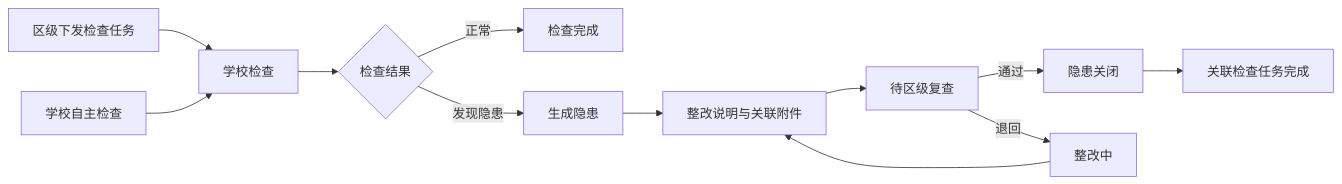
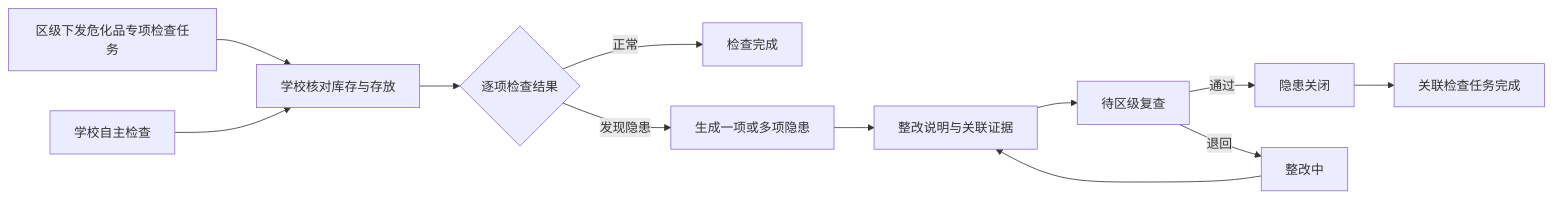
The ninth of 10 diagrams in new-demo/当前Demo业务流程与数据关系闭环评估报告.md (AlettaOkori/Qingpu_LaboratoryManagementSystem), drawn with Mermaid before and after one commit. The commit also changed other lines of this file and 37 other files, not shown here.

````diff
--- a/new-demo/当前Demo业务流程与数据关系闭环评估报告.md
+++ b/new-demo/当前Demo业务流程与数据关系闭环评估报告.md
@@ -297,14 +358,14 @@
 ```mermaid
 flowchart LR
-  A[区级下发检查任务] --> B[学校检查]
+  A[区级下发危化品专项检查任务] --> B[学校核对库存与存放]
   X[学校自主检查] --> B
-  B --> C{检查结果}
+  B --> C{逐项检查结果}
   C -->|正常| D[检查完成]
-  C -->|发现隐患| E[生成隐患]
-  E --> F[整改说明与关联附件]
+  C -->|发现隐患| E[生成一项或多项隐患]
+  E --> F[整改说明与关联证据]
   F --> G[待区级复查]
   G -->|通过| H[隐患关闭]
   G -->|退回| I[整改中]
   I --> F
   H --> J[关联检查任务完成]
 ```
````
